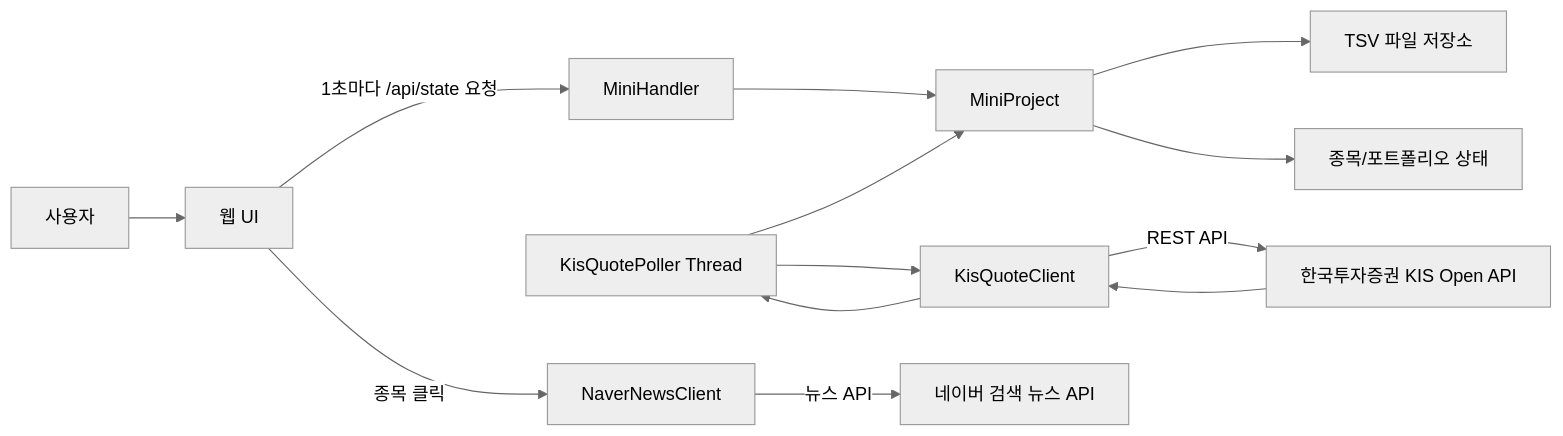
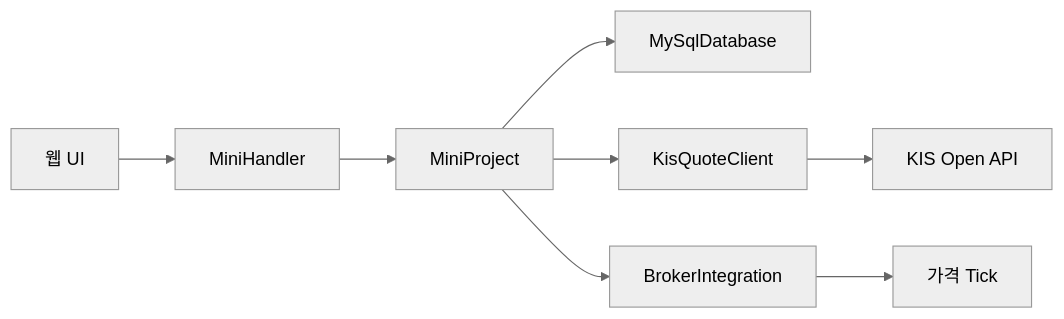
The first of 2 diagrams in docs/presentation-slides.md (osangmin51-spec/javaproject), drawn with Mermaid (neutral theme) before and after one commit. The commit also changed other lines of this file and 30 other files, not shown here.

Commit message:
Remove news integration and update stock app docs

````diff
--- a/docs/presentation-slides.md
+++ b/docs/presentation-slides.md
@@ -32,13 +28,10 @@
 ```mermaid
 flowchart LR
-    User["사용자"] --> Browser["웹 UI"]
-    Browser -->|1초마다 /api/state 요청| Handler["MiniHandler"]
+    Browser["웹 UI"] --> Handler["MiniHandler"]
     Handler --> Project["MiniProject"]
-    Project --> Data["TSV 파일 저장소"]
-    Project --> Stocks["종목/포트폴리오 상태"]
-    Poller["KisQuotePoller Thread"] --> Client["KisQuoteClient"]
-    Client -->|REST API| KIS["한국투자증권 KIS Open API"]
-    KIS --> Client --> Poller --> Project
-    Browser -->|종목 클릭| News["NaverNewsClient"]
-    News -->|뉴스 API| Naver["네이버 검색 뉴스 API"]
+    Project --> DB["MySqlDatabase"]
+    Project --> KIS["KisQuoteClient"]
+    KIS --> API["KIS Open API"]
+    Project --> Broker["BrokerIntegration"]
+    Broker --> Tick["가격 Tick"]
 ```
````
